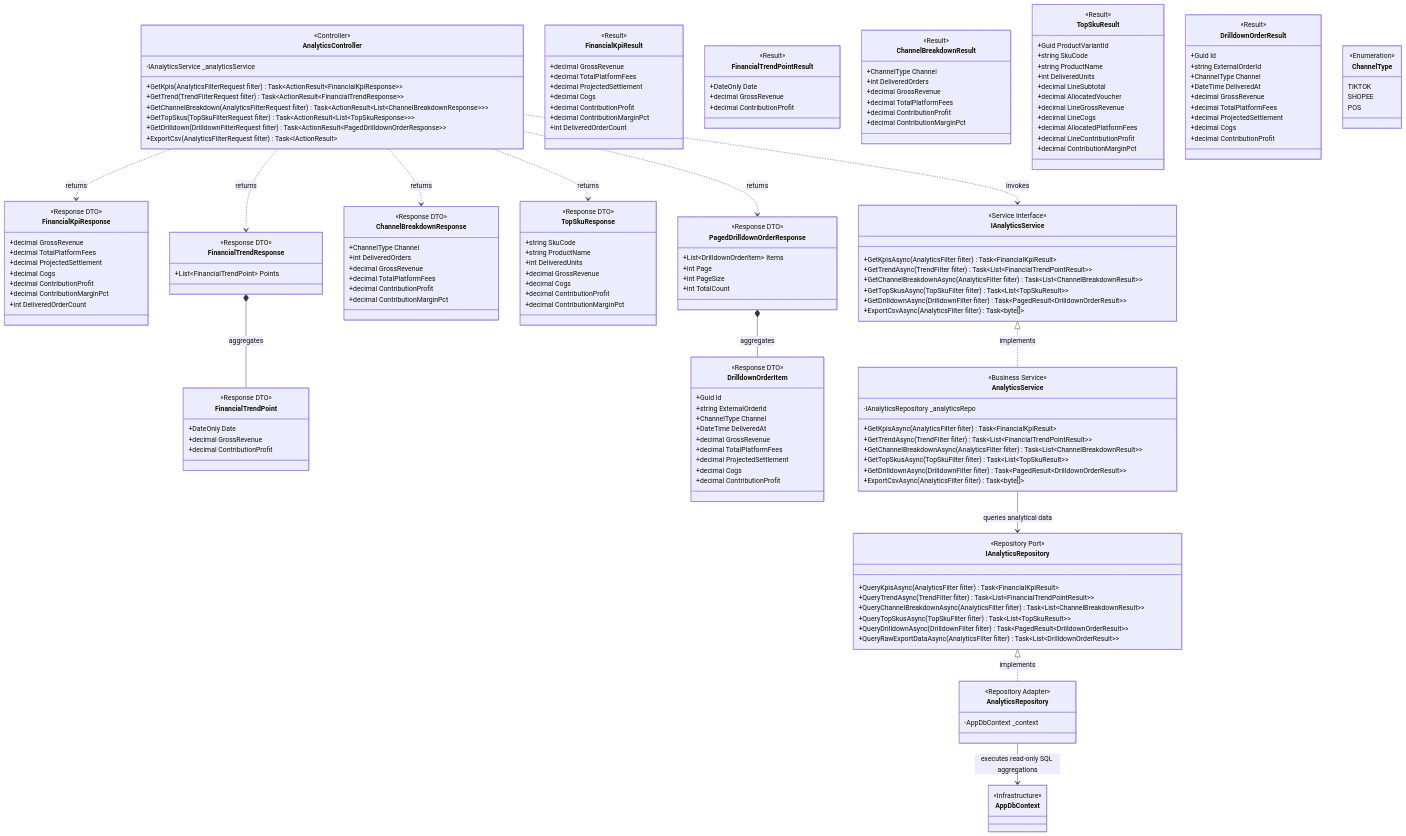
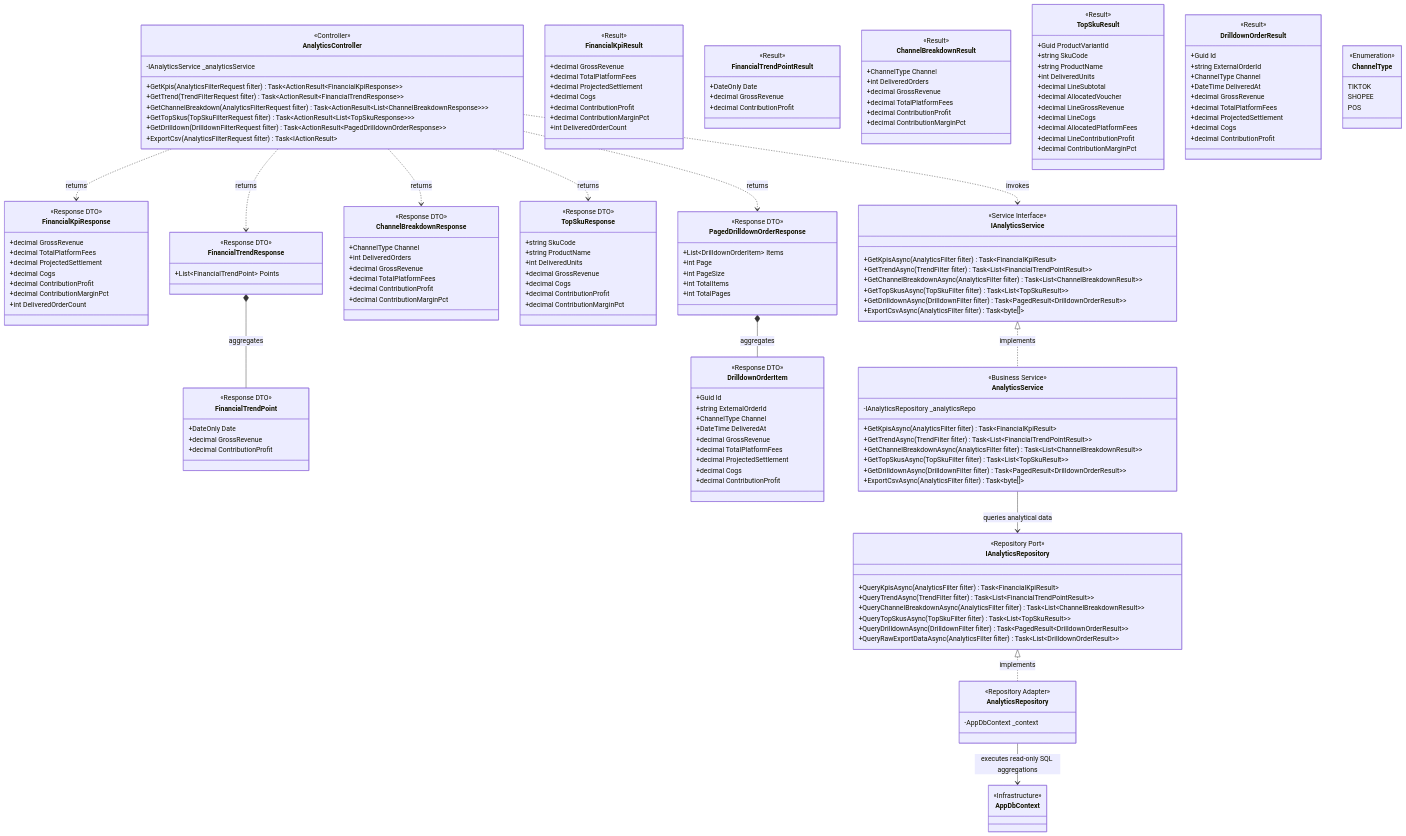
Before and after one commit to duchoa0405/Quanly_DoanhThu_LoiNhuan_DangDucHoa_VSF: the diagram in docs/architecture/class_diagram_analytics_en.md, drawn with Mermaid. The commit also changed 10 other files, not shown here.

Commit message:
docs(architecture): complete P06-P08 pre-P09 alignment and lock phases

```diff
--- a/docs/architecture/class_diagram_analytics_en.md
+++ b/docs/architecture/class_diagram_analytics_en.md
@@ -97,7 +97,8 @@
         +List~DrilldownOrderItem~ Items
         +int Page
         +int PageSize
-        +int TotalCount
+        +int TotalItems
+        +int TotalPages
     }
 
     class DrilldownOrderItem {
```
